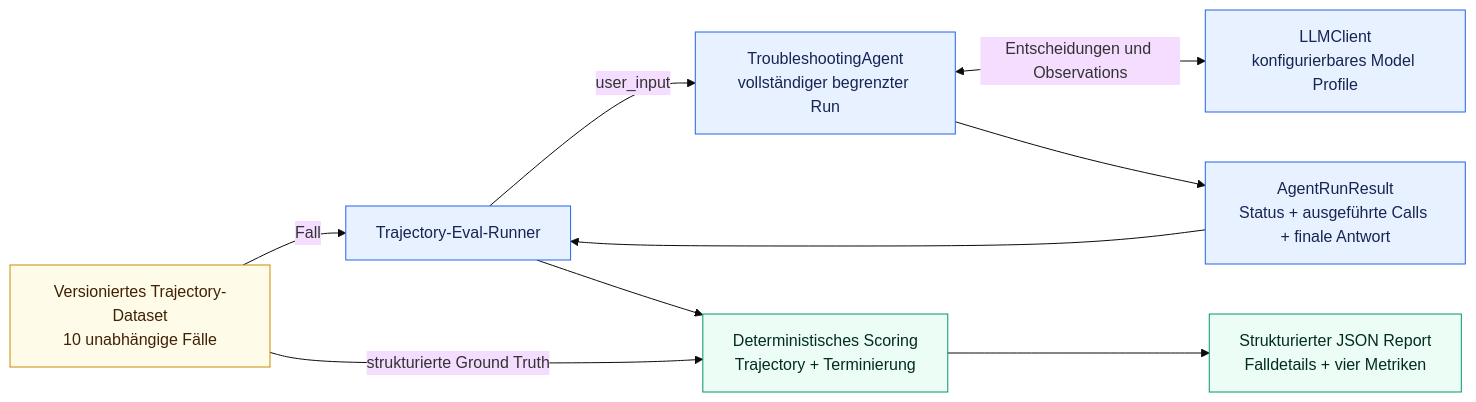
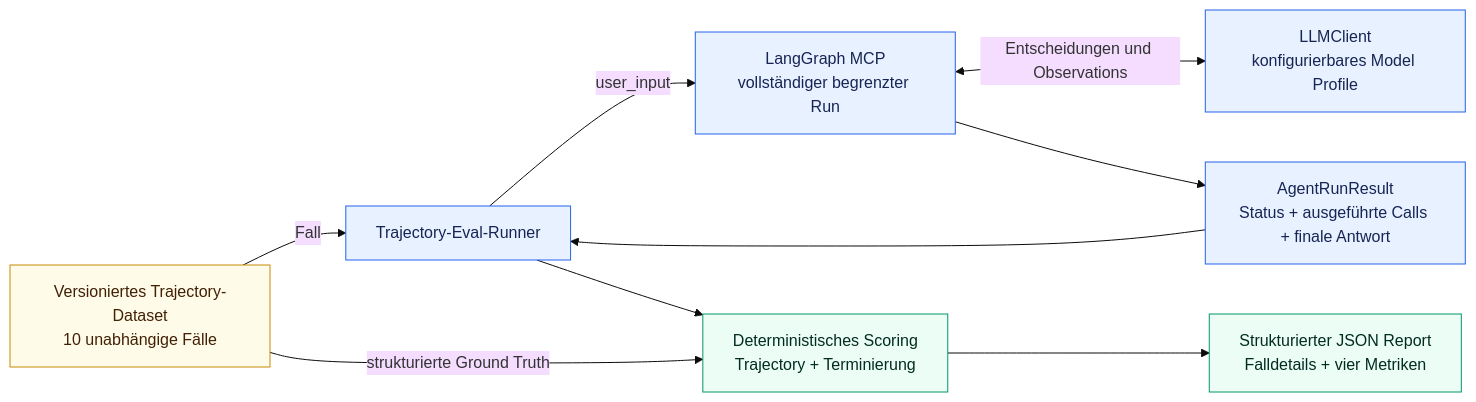
The seventh of 11 diagrams in docs/architecture/overview.de.md (aboerzel/industrial-ai-agent), drawn with Mermaid (base theme) before and after one commit. The commit also changed other lines of this file and 30 other files, not shown here.

````diff
--- a/docs/architecture/overview.de.md
+++ b/docs/architecture/overview.de.md
@@ -411,26 +403,26 @@
 ```mermaid
 flowchart LR
     D["Versioniertes Trajectory-Dataset<br/>10 unabhängige Fälle"]
     R["Trajectory-Eval-Runner"]
-    A["TroubleshootingAgent<br/>vollständiger begrenzter Run"]
+    A["LangGraph MCP<br/>vollständiger begrenzter Run"]
     L["LLMClient<br/>konfigurierbares Model Profile"]
     AR["AgentRunResult<br/>Status + ausgeführte Calls + finale Antwort"]
     S["Deterministisches Scoring<br/>Trajectory + Terminierung"]
     O["Strukturierter JSON Report<br/>Falldetails + vier Metriken"]
 
     D -->|"Fall"| R
     R -->|"user_input"| A
     A <-->|"Entscheidungen und Observations"| L
     A --> AR
     AR --> R
     R --> S
     D -->|"strukturierte Ground Truth"| S
     S --> O
 
     classDef data fill:#fefce8,stroke:#ca8a04,color:#422006
     classDef core fill:#e8f1ff,stroke:#2563eb,color:#172554
     classDef metric fill:#ecfdf5,stroke:#059669,color:#022c22
     class D data
     class R,A,L,AR core
     class S,O metric
 ```
````
